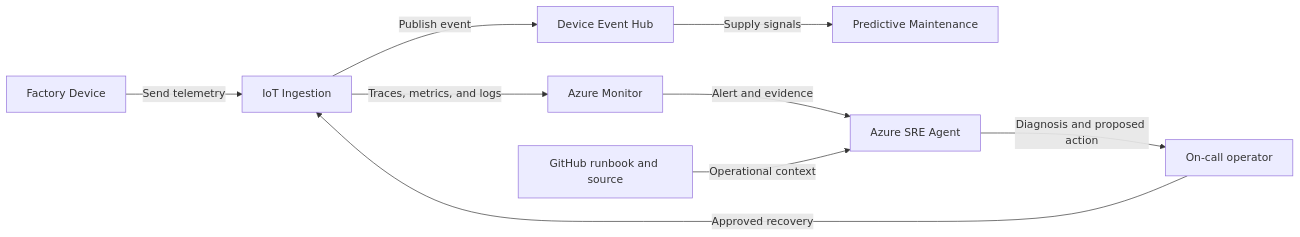
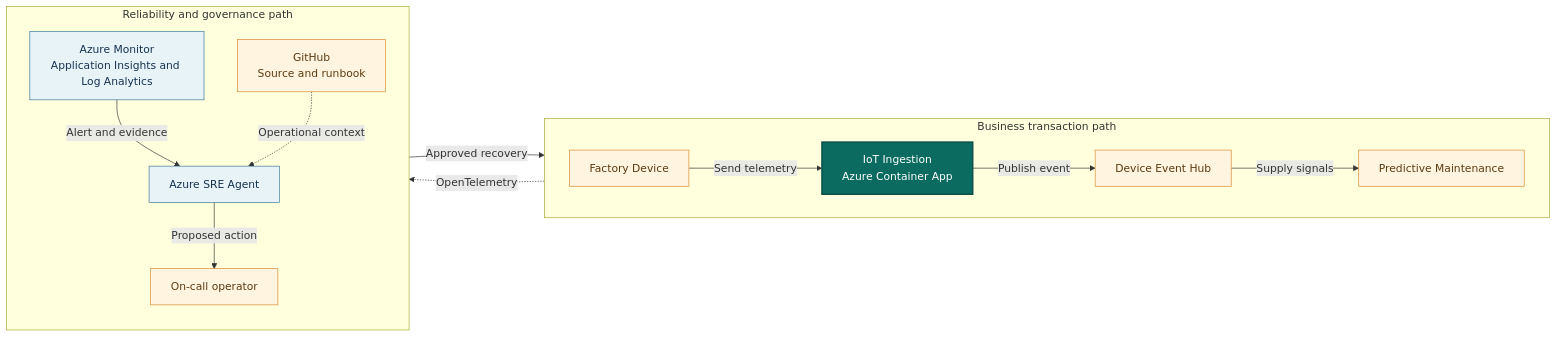
One commit to KrishnaDistributedcomputing/SREAgentEnterpriseShowcase changed the diagram in runbooks/iot-ingestion.md. Above: the diagram before and after it, drawn with Mermaid. The commit also changed other lines of this file and 14 other files, not shown here.

First line of the commit message:
docs(docs): refine system context diagrams

````diff
--- a/runbooks/iot-ingestion.md
+++ b/runbooks/iot-ingestion.md
@@ -32,11 +32,34 @@
 ```mermaid
 flowchart LR
-    Device[Factory Device] -->|Send telemetry| App[IoT Ingestion]
-    App -->|Publish event| Dependency[Device Event Hub]
-    Dependency -->|Supply signals| Maintenance[Predictive Maintenance]
-    App -->|Traces, metrics, and logs| Monitor[Azure Monitor]
-    Monitor -->|Alert and evidence| Agent[Azure SRE Agent]
-    Runbook[GitHub runbook and source] -->|Operational context| Agent
-    Agent -->|Diagnosis and proposed action| Operator[On-call operator]
-    Operator -->|Approved recovery| App
+    subgraph Business["Business transaction path"]
+        direction LR
+        Device["Factory Device"]
+        App["IoT Ingestion<br/>Azure Container App"]
+        EventHub["Device Event Hub"]
+        Maintenance["Predictive Maintenance"]
+        Device -->|"Send telemetry"| App
+        App -->|"Publish event"| EventHub
+        EventHub -->|"Supply signals"| Maintenance
+    end
+
+    subgraph Operations["Reliability and governance path"]
+        direction TB
+        Monitor["Azure Monitor<br/>Application Insights and Log Analytics"]
+        Agent["Azure SRE Agent"]
+        Operator["On-call operator"]
+        Repository["GitHub<br/>Source and runbook"]
+        Monitor -->|"Alert and evidence"| Agent
+        Repository -.->|"Operational context"| Agent
+        Agent -->|"Proposed action"| Operator
+    end
+
+    App -.->|"OpenTelemetry"| Monitor
+    Operator -->|"Approved recovery"| App
+
+    classDef application fill:#0b6b61,color:#ffffff,stroke:#064b45,stroke-width:2px
+    classDef azure fill:#e8f3f8,color:#16324f,stroke:#39789b
+    classDef external fill:#fff4df,color:#5b3a11,stroke:#d78a32
+    class App application
+    class Monitor,Agent azure
+    class Device,EventHub,Maintenance,Operator,Repository external
 ```
````
